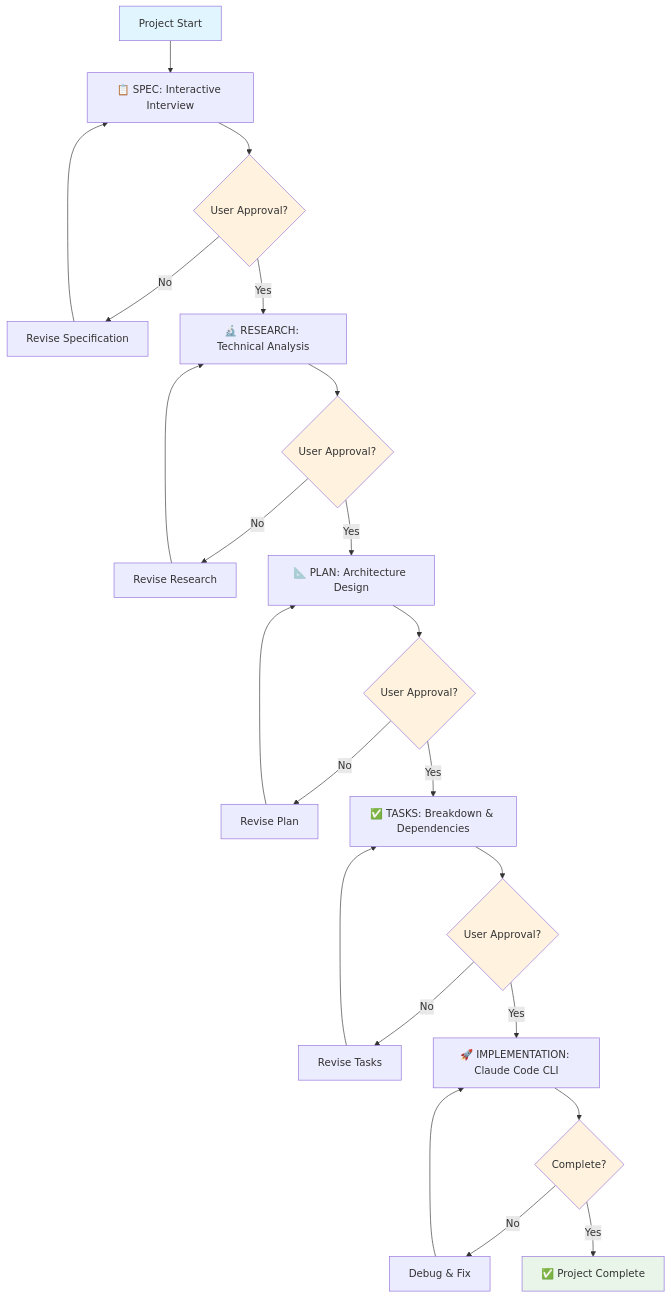
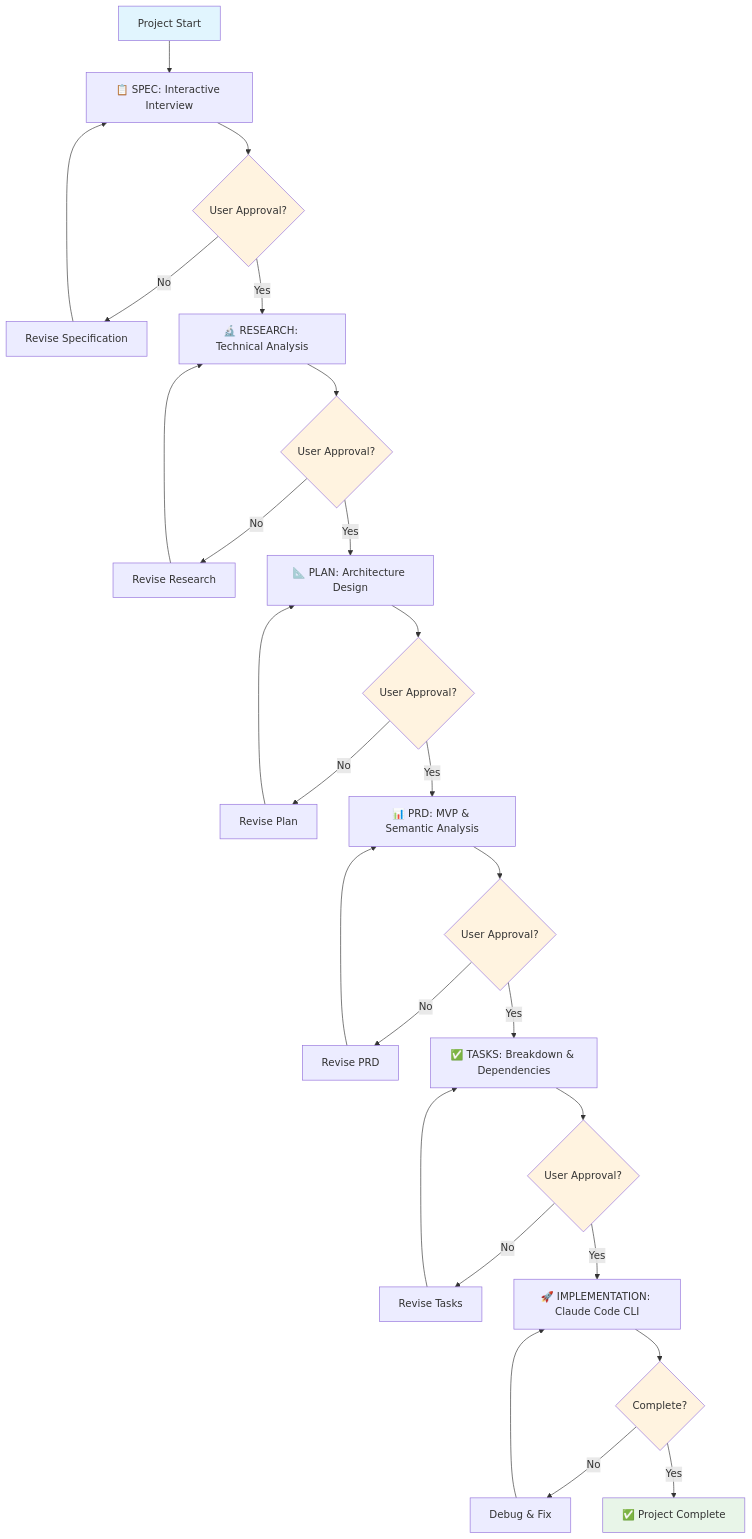
Before and after one commit to Nyrk0/orchestrator: the diagram in README.md, drawn with Mermaid. The commit also changed other lines of this file, not shown here.

First line of the commit message:
Update README.md to reflect production 5-phase workflow with complete feature documentation

````diff
--- a/README.md
+++ b/README.md
@@ -44,32 +38,37 @@
 ```mermaid
 graph TD
     A[Project Start] --> B[📋 SPEC: Interactive Interview]
     B --> C{User Approval?}
     C -->|No| B1[Revise Specification]
     B1 --> B
     C -->|Yes| D[🔬 RESEARCH: Technical Analysis]
     D --> E{User Approval?}
     E -->|No| D1[Revise Research]
     D1 --> D
     E -->|Yes| F[📐 PLAN: Architecture Design]
     F --> G{User Approval?}
     G -->|No| F1[Revise Plan]
     F1 --> F
-    G -->|Yes| H[✅ TASKS: Breakdown & Dependencies]
+    G -->|Yes| H[📊 PRD: MVP & Semantic Analysis]
     H --> I{User Approval?}
-    I -->|No| H1[Revise Tasks]
+    I -->|No| H1[Revise PRD]
     H1 --> H
-    I -->|Yes| J[🚀 IMPLEMENTATION: Claude Code CLI]
-    J --> K{Complete?}
-    K -->|No| L[Debug & Fix]
-    L --> J
-    K -->|Yes| M[✅ Project Complete]
+    I -->|Yes| J[✅ TASKS: Breakdown & Dependencies]
+    J --> K{User Approval?}
+    K -->|No| J1[Revise Tasks]
+    J1 --> J
+    K -->|Yes| L[🚀 IMPLEMENTATION: Claude Code CLI]
+    L --> M{Complete?}
+    M -->|No| N[Debug & Fix]
+    N --> L
+    M -->|Yes| O[✅ Project Complete]
     
     style A fill:#e1f5fe
-    style M fill:#e8f5e8
+    style O fill:#e8f5e8
     style C fill:#fff3e0
     style E fill:#fff3e0
     style G fill:#fff3e0
     style I fill:#fff3e0
     style K fill:#fff3e0
+    style M fill:#fff3e0
 ```
````
